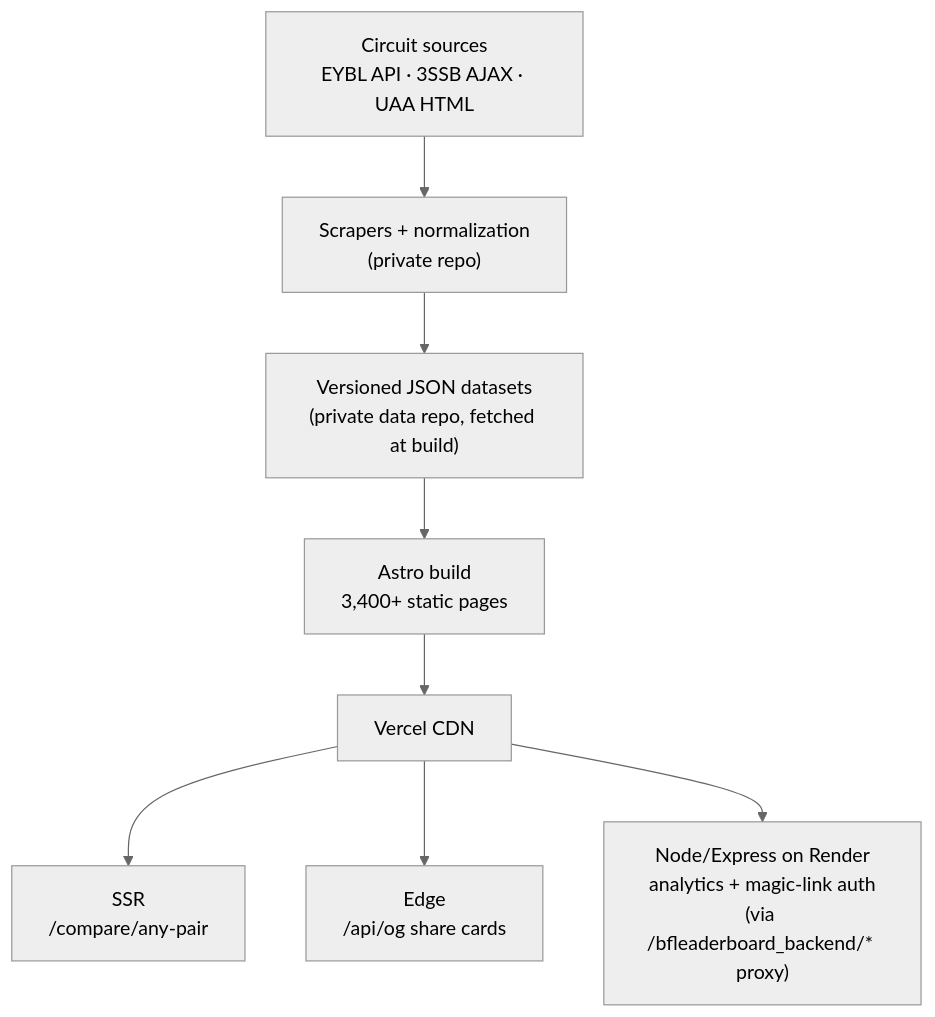
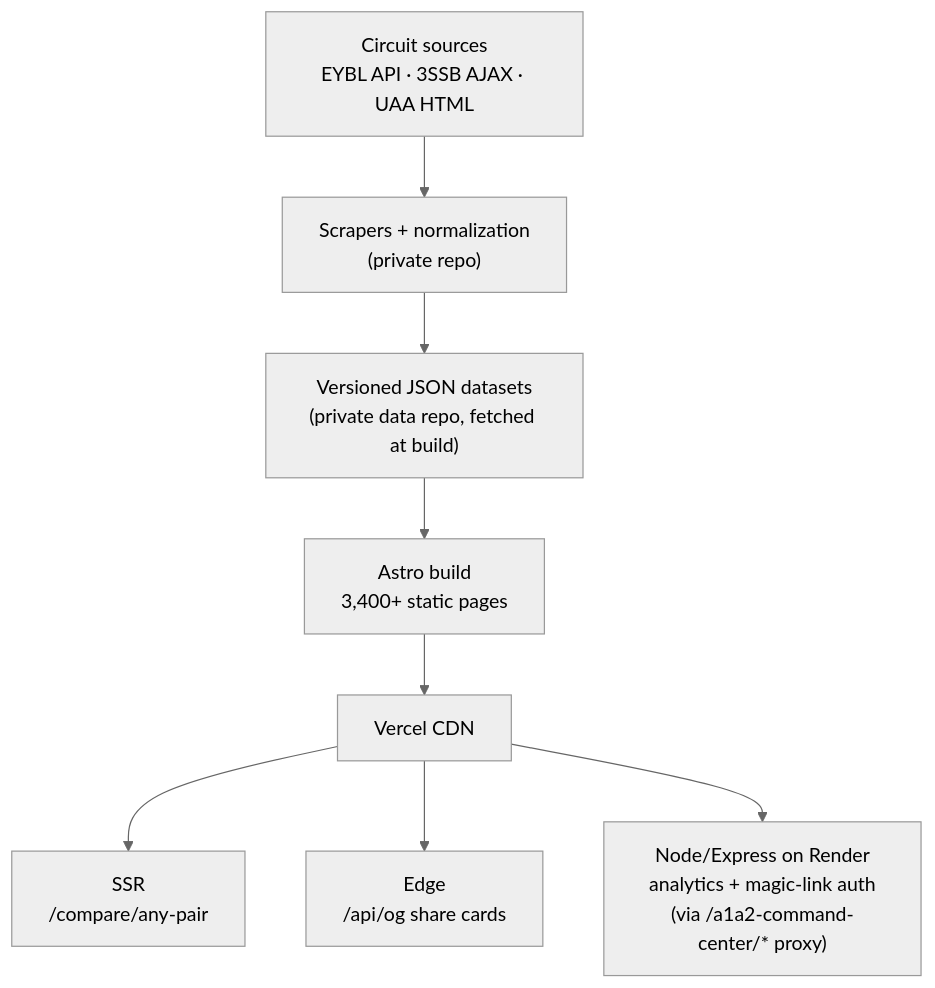
Before and after one commit to EF08/circuitstats-astro: the diagram in README.md, drawn with Mermaid (neutral theme). The commit also changed other lines of this file and 5 other files, not shown here.

First line of the commit message:
Switch backend proxy path to /a1a2-command-center

````diff
--- a/README.md
+++ b/README.md
@@ -18,10 +18,10 @@
 ```mermaid
 flowchart TD
     A["Circuit sources<br/>EYBL API · 3SSB AJAX · UAA HTML"] --> B["Scrapers + normalization<br/>(private repo)"]
     B --> C["Versioned JSON datasets<br/>(private data repo, fetched at build)"]
     C --> D["Astro build<br/>3,400+ static pages"]
     D --> E["Vercel CDN"]
     E --> F["SSR<br/>/compare/any-pair"]
     E --> G["Edge<br/>/api/og share cards"]
-    E --> H["Node/Express on Render<br/>analytics + magic-link auth<br/>(via /bfleaderboard_backend/* proxy)"]
+    E --> H["Node/Express on Render<br/>analytics + magic-link auth<br/>(via /a1a2-command-center/* proxy)"]
 ```
````
